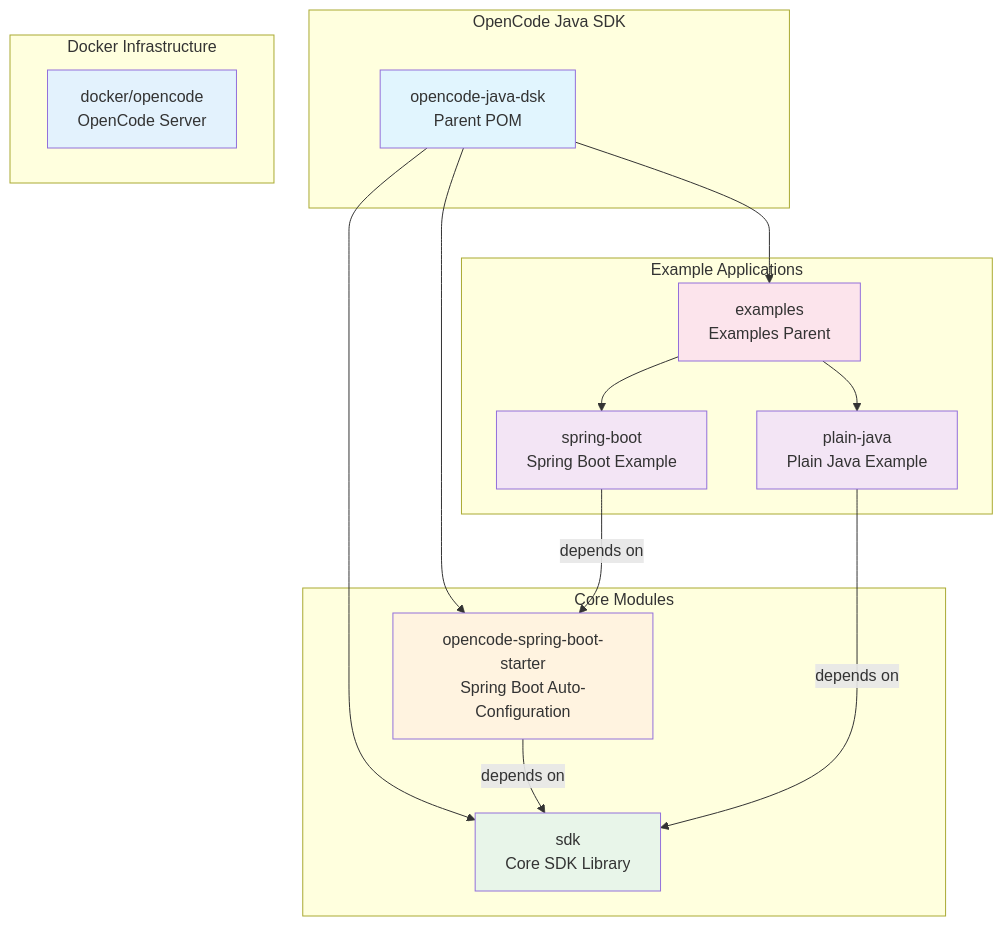
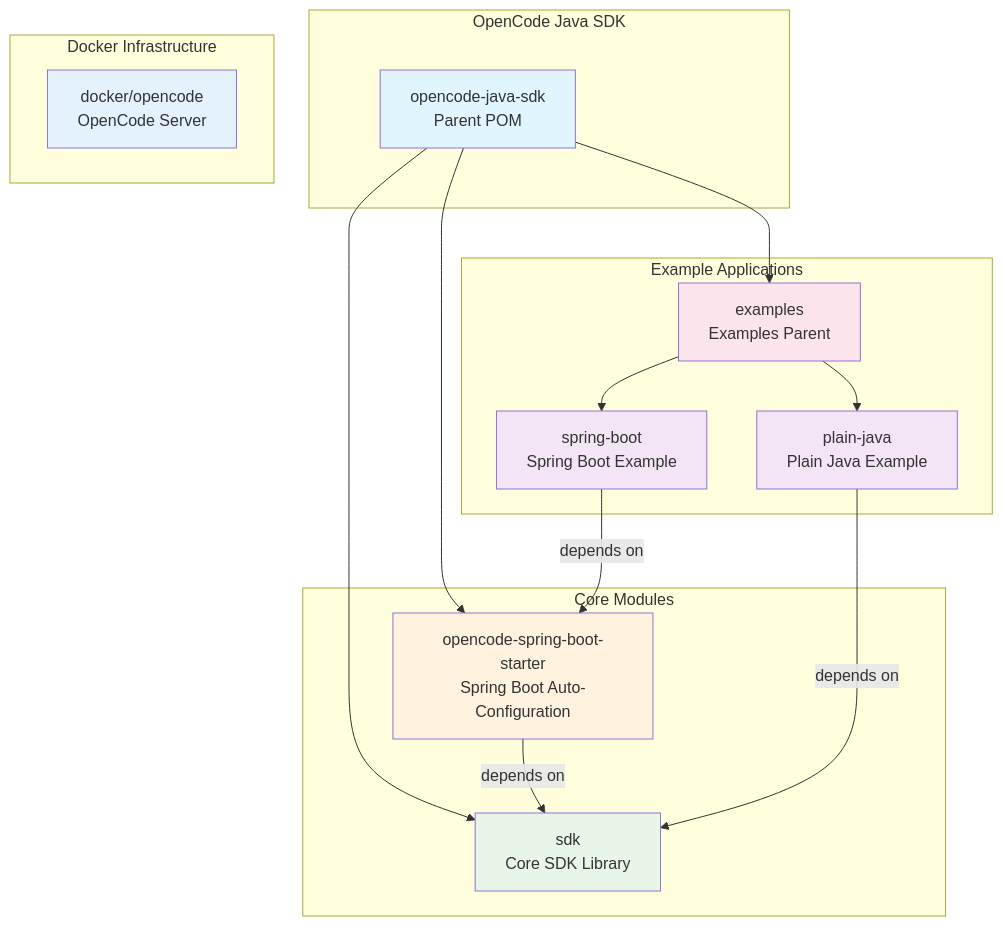
Before and after one commit to alexandr-areshchanka/opencode-java-sdk: the diagram in AGENTS.md, drawn with Mermaid. The commit also changed other lines of this file and 66 other files, not shown here.

````diff
--- a/AGENTS.md
+++ b/AGENTS.md
@@ -13,38 +13,38 @@
 ```mermaid
 flowchart TB
     subgraph "OpenCode Java SDK"
-        ROOT["opencode-java-dsk<br/>Parent POM"]
+        ROOT["opencode-java-sdk<br/>Parent POM"]
     end
 
     subgraph "Core Modules"
         SDK["sdk<br/>Core SDK Library"]
         STARTER["opencode-spring-boot-starter<br/>Spring Boot Auto-Configuration"]
     end
 
     subgraph "Example Applications"
         EXAMPLES["examples<br/>Examples Parent"]
         PLAIN["plain-java<br/>Plain Java Example"]
         BOOT["spring-boot<br/>Spring Boot Example"]
     end
 
     subgraph "Docker Infrastructure"
         DOCKER["docker/opencode<br/>OpenCode Server"]
     end
 
     ROOT --> SDK
     ROOT --> STARTER
     ROOT --> EXAMPLES
     EXAMPLES --> PLAIN
     EXAMPLES --> BOOT
     STARTER -->|depends on| SDK
     PLAIN -->|depends on| SDK
     BOOT -->|depends on| STARTER
 
     style ROOT fill:#e1f5fe
     style SDK fill:#e8f5e9
     style STARTER fill:#fff3e0
     style EXAMPLES fill:#fce4ec
     style PLAIN fill:#f3e5f5
     style BOOT fill:#f3e5f5
     style DOCKER fill:#e3f2fd
 ```
````
